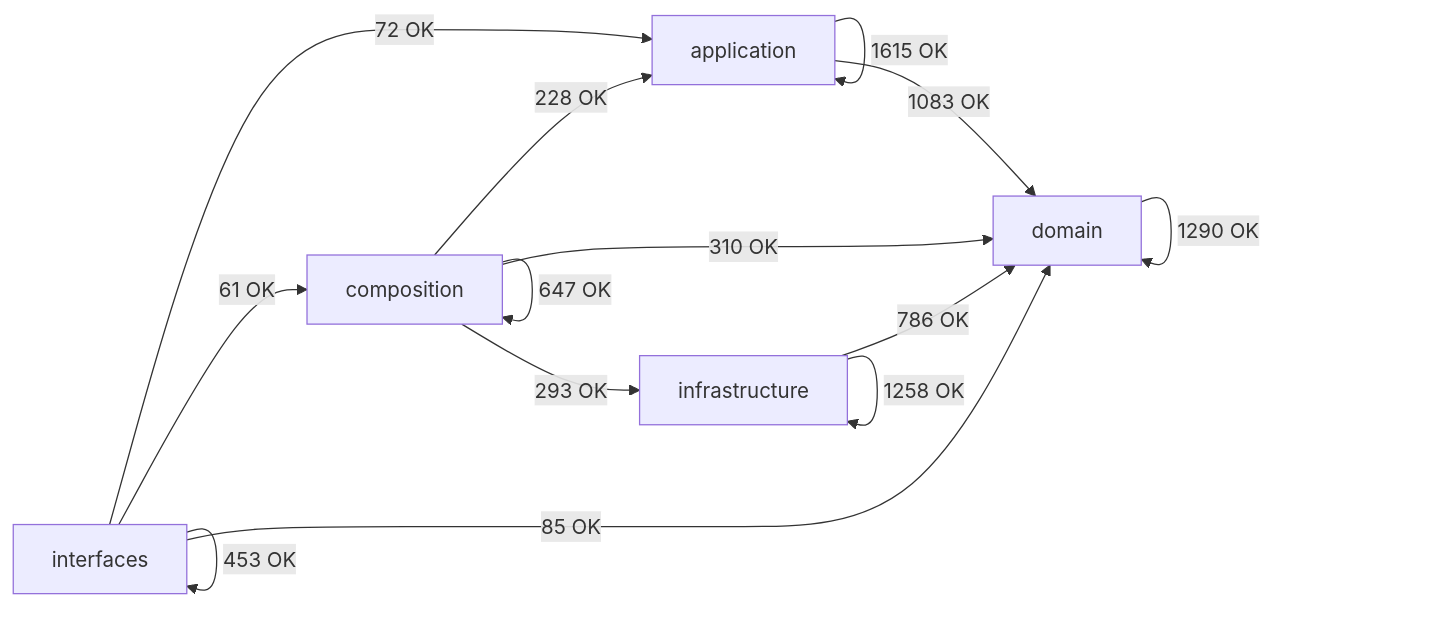
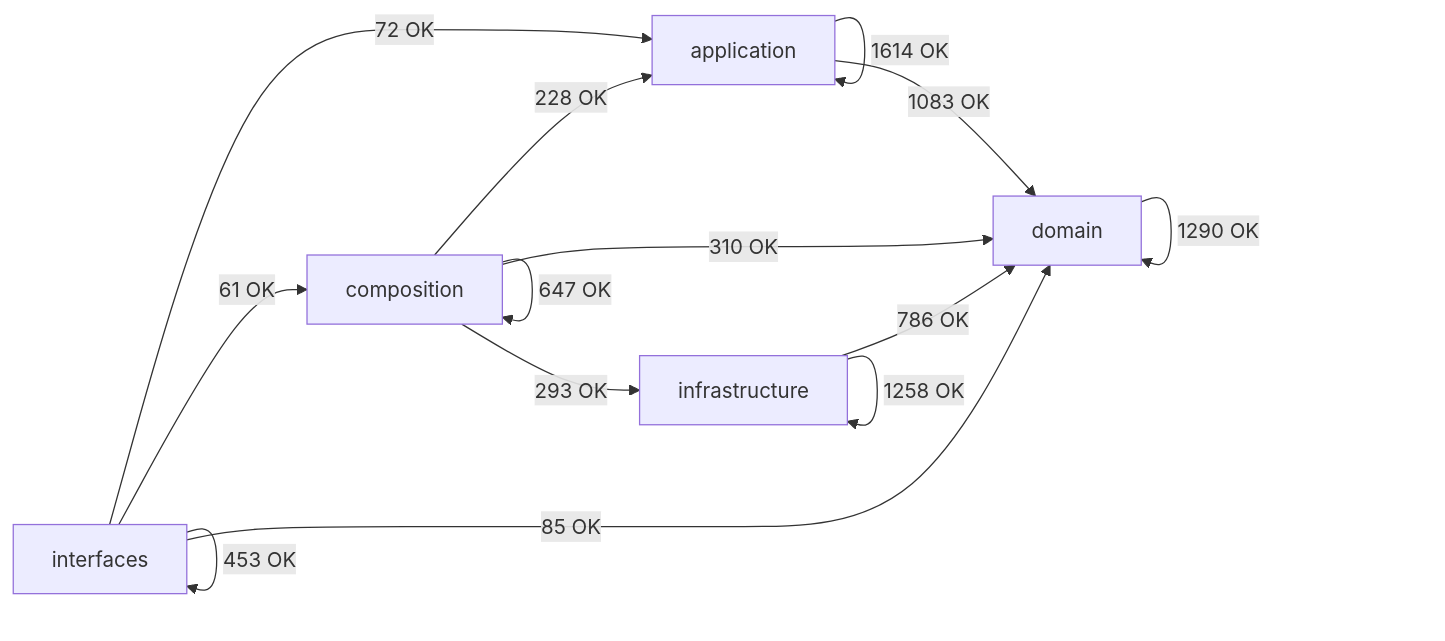
Before and after one commit to SatoryKono/BioactivityDataAcquisition: the diagram in docs/02-architecture/generated/module-dependency-map.md, drawn with Mermaid. The commit also changed other lines of this file and 100 other files, not shown here.

````diff
--- a/docs/02-architecture/generated/module-dependency-map.md
+++ b/docs/02-architecture/generated/module-dependency-map.md
@@ -17,21 +17,21 @@
 ```mermaid
 flowchart LR
     domain[domain]
     application[application]
     infrastructure[infrastructure]
     composition[composition]
     interfaces[interfaces]
-    application -->|1615 OK| application
+    application -->|1614 OK| application
     application -->|1083 OK| domain
     composition -->|228 OK| application
     composition -->|647 OK| composition
     composition -->|310 OK| domain
     composition -->|293 OK| infrastructure
     domain -->|1290 OK| domain
     infrastructure -->|786 OK| domain
     infrastructure -->|1258 OK| infrastructure
     interfaces -->|72 OK| application
     interfaces -->|61 OK| composition
     interfaces -->|85 OK| domain
     interfaces -->|453 OK| interfaces
 ```
````
